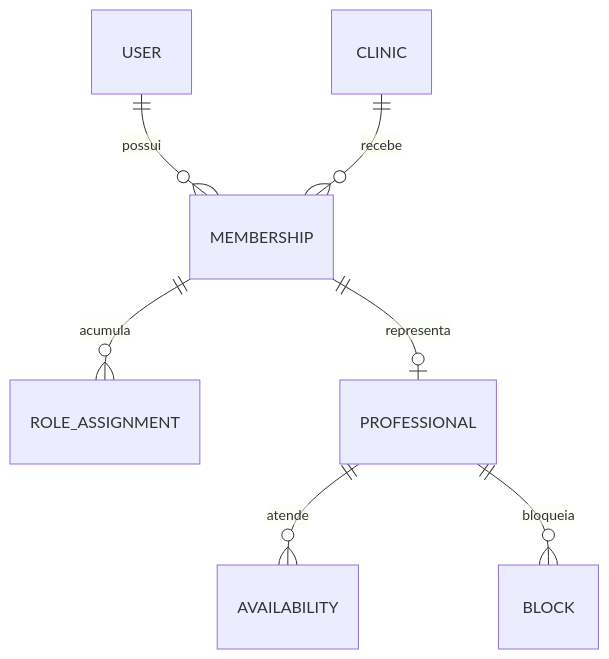
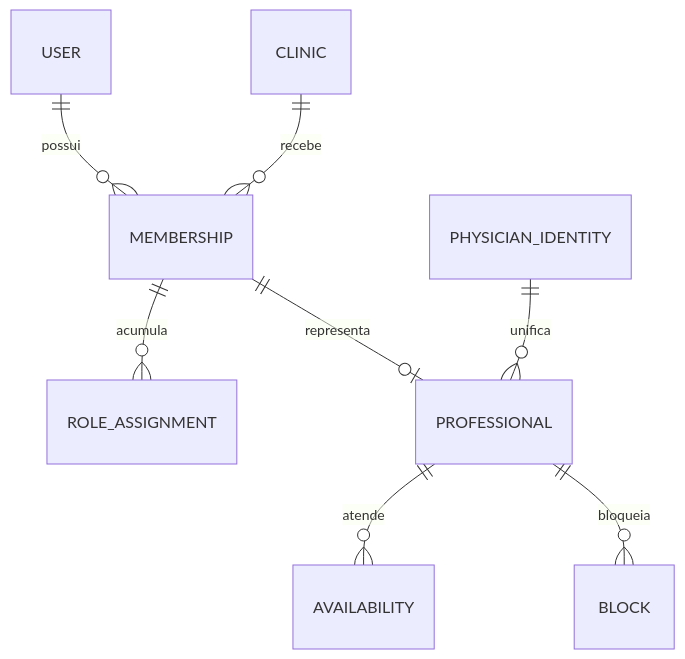
The first of 3 diagrams in docs/modelo-dados.md (ArthurSarva/IntegraConsultas), drawn with Mermaid before and after one commit. The commit also changed other lines of this file, not shown here.

````diff
--- a/docs/modelo-dados.md
+++ b/docs/modelo-dados.md
@@ -18,9 +18,10 @@
 ```mermaid
 erDiagram
     USER ||--o{ MEMBERSHIP : possui
     CLINIC ||--o{ MEMBERSHIP : recebe
     MEMBERSHIP ||--o{ ROLE_ASSIGNMENT : acumula
     MEMBERSHIP ||--o| PROFESSIONAL : representa
+    PHYSICIAN_IDENTITY ||--o{ PROFESSIONAL : unifica
     PROFESSIONAL ||--o{ AVAILABILITY : atende
     PROFESSIONAL ||--o{ BLOCK : bloqueia
 ```
````
